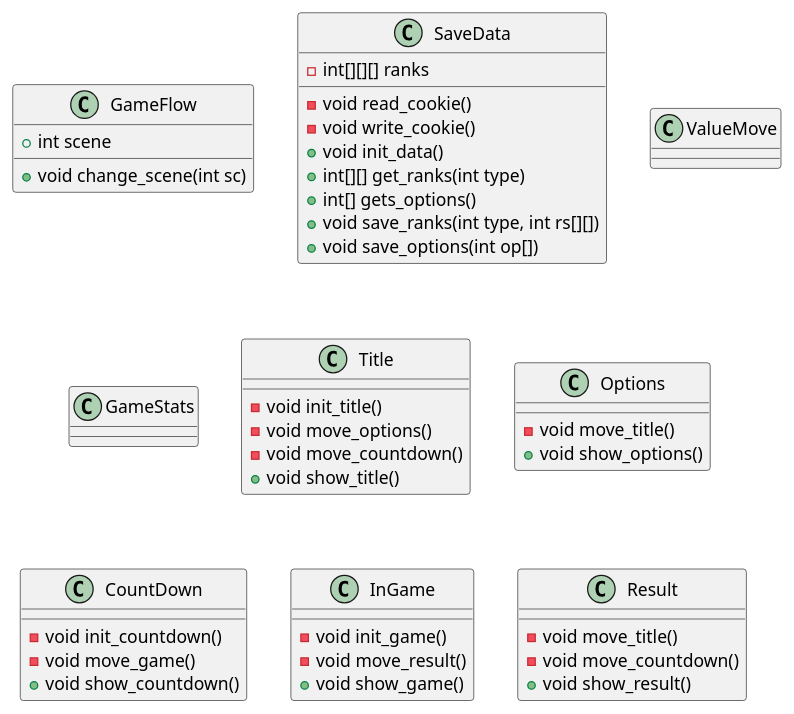
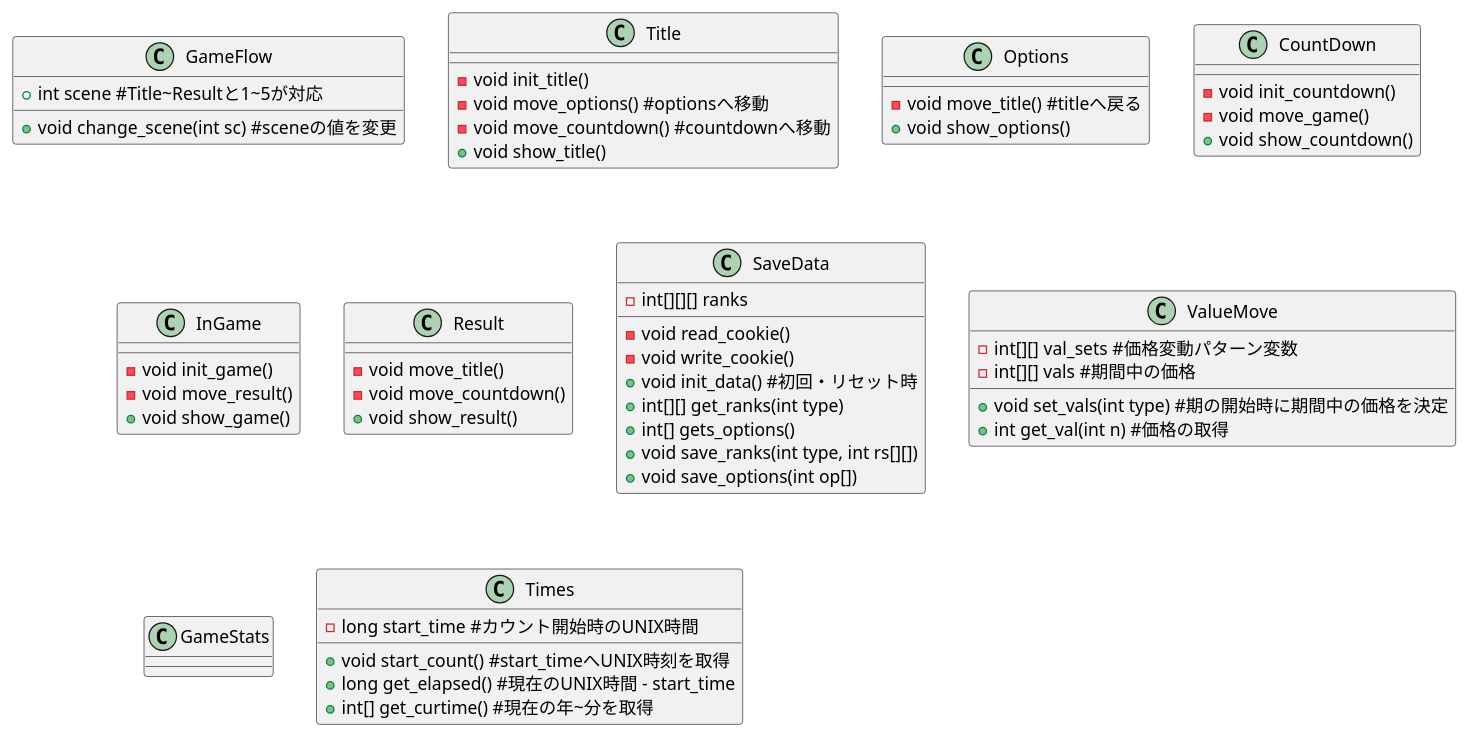
Before and after one commit to AkihoMinegishi/speedtrader: the diagram in teigi.pu, drawn with PlantUML.

Commit message:
for plantUML

```diff
--- a/teigi.pu
+++ b/teigi.pu
@@ -1,57 +1,69 @@
 @startuml
 class GameFlow {
-  +int scene
+  +int scene #Title~Resultと1~5が対応
 
-  +void change_scene(int sc)
-}
-
-class SaveData {
-  -int[][][] ranks
-
-  -void read_cookie()
-  -void write_cookie()
-  +void init_data()
-  +int[][] get_ranks(int type)
-  +int[] gets_options()
-  +void save_ranks(int type, int rs[][])
-  +void save_options(int op[])
-}
-
-class ValueMove {
-
-}
-
-class GameStats {
-
+  +void change_scene(int sc) #sceneの値を変更
 }
 
 class Title {
   -void init_title()
-  -void move_options()
-  -void move_countdown()
+  -void move_options() #optionsへ移動
+  -void move_countdown() #countdownへ移動
   +void show_title()
 }
 
 class Options {
-  -void move_title()
+  -void move_title() #titleへ戻る
   +void show_options()
 }
 
 class CountDown {
   -void init_countdown()
   -void move_game()
   +void show_countdown()
 }
 
 class InGame {
   -void init_game()
   -void move_result()
   +void show_game()
 }
 
 class Result {
   -void move_title()
   -void move_countdown()
   +void show_result()
 }
+
+class SaveData {
+  -int[][][] ranks
+
+  -void read_cookie()
+  -void write_cookie()
+  +void init_data() #初回・リセット時
+  +int[][] get_ranks(int type)
+  +int[] gets_options()
+  +void save_ranks(int type, int rs[][])
+  +void save_options(int op[])
+}
+
+class ValueMove {
+  -int[][] val_sets #価格変動パターン変数
+  -int[][] vals #期間中の価格
+
+  +void set_vals(int type) #期の開始時に期間中の価格を決定
+  +int get_val(int n) #価格の取得
+}
+
+class GameStats {
+
+}
+
+class Times {
+  -long start_time #カウント開始時のUNIX時間
+
+  +void start_count() #start_timeへUNIX時刻を取得
+  +long get_elapsed() #現在のUNIX時間 - start_time
+  +int[] get_curtime() #現在の年~分を取得
+}
 @enduml
```
